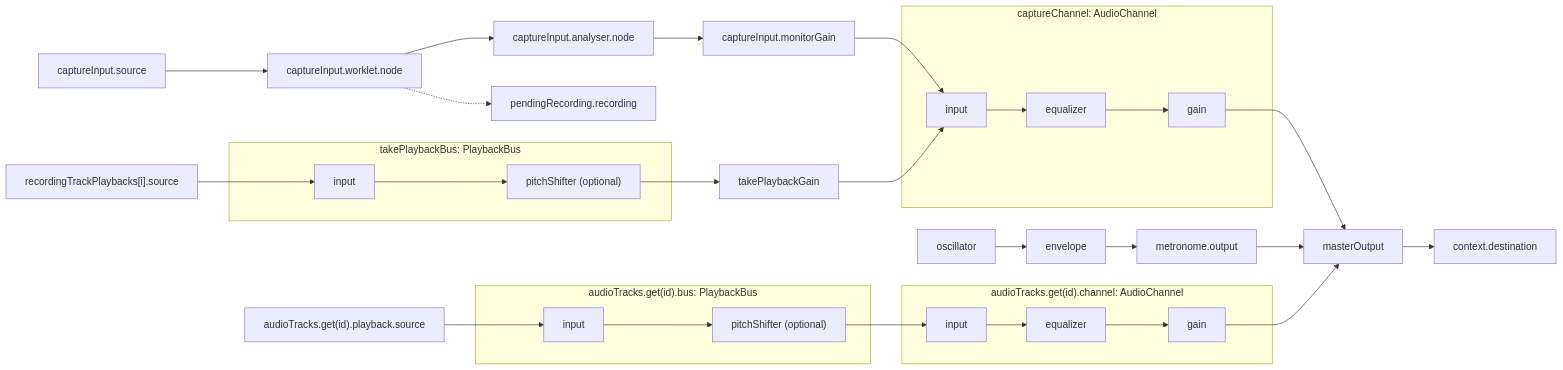
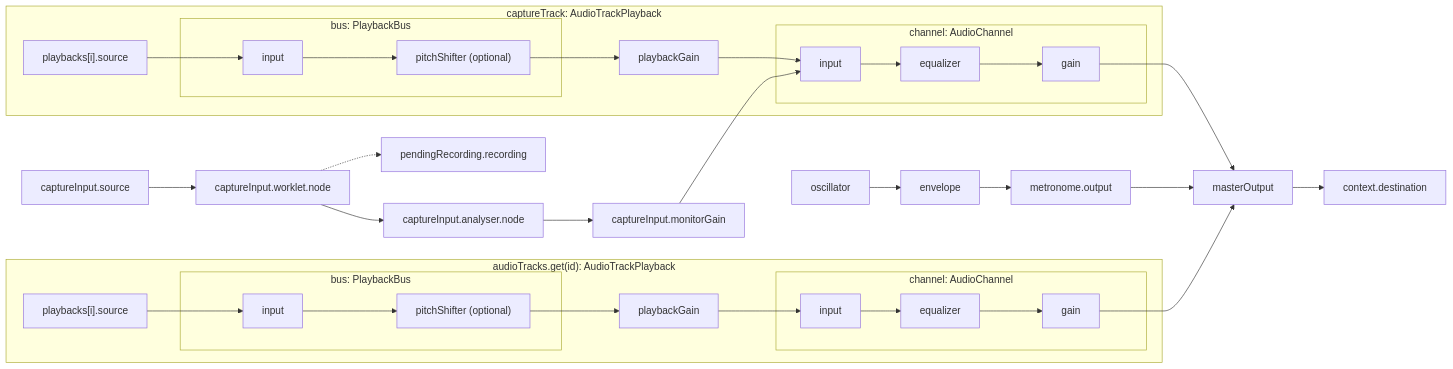
One commit to hi-ogawa/toy-midi changed the diagram in src/lib/recorder/README.md. Above: the diagram before and after it, drawn with Mermaid. The commit also changed 2 other files, not shown here.

Commit message:
refactor: share multi-region track playback with capture

````diff
--- a/src/lib/recorder/README.md
+++ b/src/lib/recorder/README.md
@@ -5,36 +5,41 @@
 ```mermaid
 flowchart LR
     captureSource["captureInput.source"] --> captureWorklet["captureInput.worklet.node"]
     captureWorklet -.-> recording["pendingRecording.recording"]
     captureWorklet --> analyser["captureInput.analyser.node"]
     analyser --> monitorGain["captureInput.monitorGain"]
     monitorGain --> captureInput
-    takeSource["recordingTrackPlaybacks[i].source"] --> takeBusInput
-    subgraph takePlaybackBus["takePlaybackBus: PlaybackBus"]
-        takeBusInput["input"] --> takePitchShifter["pitchShifter (optional)"]
-    end
-    takePitchShifter --> takePlaybackGain["takePlaybackGain"]
-    takePlaybackGain --> captureInput
 
-    subgraph captureChannel["captureChannel: AudioChannel"]
-        captureInput["input"] --> captureEqualizer["equalizer"]
-        captureEqualizer --> captureGain["gain"]
+    subgraph captureTrack["captureTrack: AudioTrackPlayback"]
+        takeSource["playbacks[i].source"] --> takeBusInput
+        subgraph takePlaybackBus["bus: PlaybackBus"]
+            takeBusInput["input"] --> takePitchShifter["pitchShifter (optional)"]
+        end
+        takePitchShifter --> takePlaybackGain["playbackGain"]
+        takePlaybackGain --> captureInput
+        subgraph captureChannel["channel: AudioChannel"]
+            captureInput["input"] --> captureEqualizer["equalizer"]
+            captureEqualizer --> captureGain["gain"]
+        end
     end
 
-    audioSource["audioTracks.get(id).playback.source"] --> audioBusInput
-    subgraph audioPlaybackBus["audioTracks.get(id).bus: PlaybackBus"]
-        audioBusInput["input"] --> audioPitchShifter["pitchShifter (optional)"]
-    end
-    audioPitchShifter --> trackInput
-    subgraph audioChannel["audioTracks.get(id).channel: AudioChannel"]
-        trackInput["input"] --> trackEqualizer["equalizer"]
-        trackEqualizer --> trackGain["gain"]
+    subgraph audioTrack["audioTracks.get(id): AudioTrackPlayback"]
+        audioSource["playbacks[i].source"] --> audioBusInput
+        subgraph audioPlaybackBus["bus: PlaybackBus"]
+            audioBusInput["input"] --> audioPitchShifter["pitchShifter (optional)"]
+        end
+        audioPitchShifter --> audioPlaybackGain["playbackGain"]
+        audioPlaybackGain --> trackInput
+        subgraph audioChannel["channel: AudioChannel"]
+            trackInput["input"] --> trackEqualizer["equalizer"]
+            trackEqualizer --> trackGain["gain"]
+        end
     end
 
     captureGain --> masterOutput["masterOutput"]
     trackGain --> masterOutput
     oscillator["oscillator"] --> envelope["envelope"]
     envelope --> metronomeOutput["metronome.output"]
     metronomeOutput --> masterOutput
     masterOutput --> destination["context.destination"]
 ```
````
